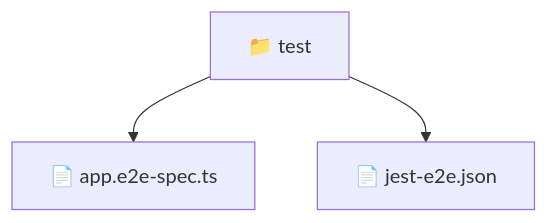
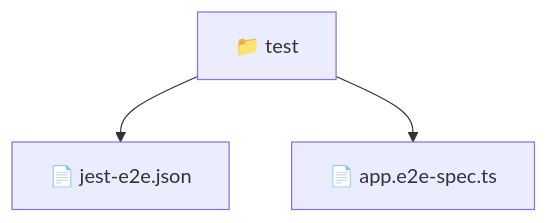
The diagram in backend/test/README.md (beginwebdev2002/fullstack-mavluda), drawn with Mermaid before and after one commit. The commit also changed other lines of this file and 164 other files, not shown here.

First line of the commit message:
docs: generate robust autonomous architectural documentation

````diff
--- a/backend/test/README.md
+++ b/backend/test/README.md
@@ -9,6 +11,6 @@
 ```mermaid
 graph TD
-  Root["📁 test"]
-  Root --> app_e2e_spec_ts["📄 app.e2e-spec.ts"]
-  Root --> jest_e2e_json["📄 jest-e2e.json"]
+    f_test["📁 test"]
+    f_test --> f_jest_e2e_json["📄 jest-e2e.json"]
+    f_test --> f_app_e2e_spec_ts["📄 app.e2e-spec.ts"]
 ```
````
